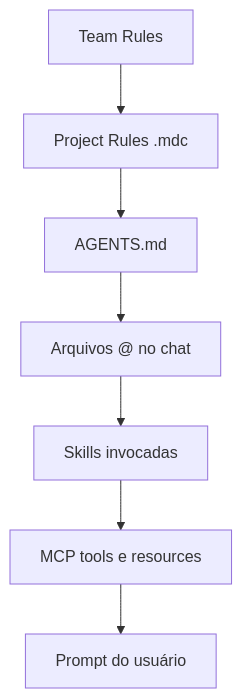
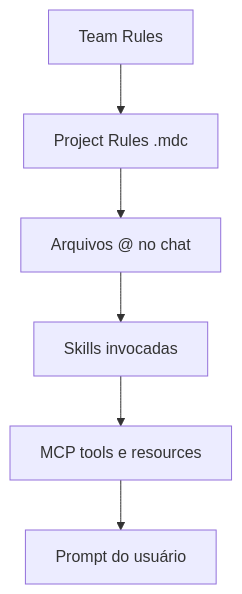
The diagram in docs/cursor/context-engineering.md (Matheussandi/virtual-catalog), drawn with Mermaid before and after one commit. The commit also changed other lines of this file and 10 other files, not shown here.

Commit message:
chore: remove AGENTS.md and related references; update project conventions in documentation

````diff
--- a/docs/cursor/context-engineering.md
+++ b/docs/cursor/context-engineering.md
@@ -7,16 +7,14 @@
 ```mermaid
 flowchart TB
   team[Team Rules]
   project[Project Rules .mdc]
-  agents[AGENTS.md]
   files[Arquivos @ no chat]
   skills[Skills invocadas]
   mcp[MCP tools e resources]
   user[Prompt do usuário]
   team --> project
-  project --> agents
-  agents --> files
+  project --> files
   files --> skills
   skills --> mcp
   mcp --> user
 ```
````
